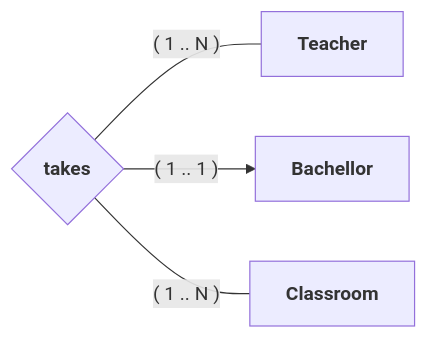
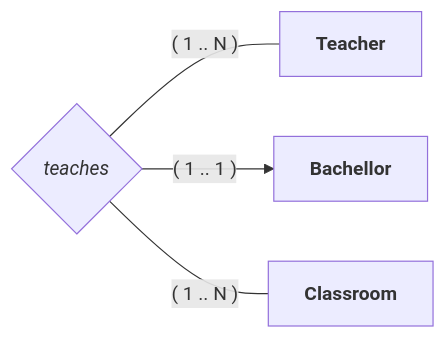
One commit to angelromarco04/MyNotes changed the seventh of 7 diagrams in Programming/Databases/data/Theory/RModel.md. Above: the diagram before and after it, drawn with Mermaid. The commit also changed other lines of this file, not shown here.

````diff
--- a/Programming/Databases/data/Theory/RModel.md
+++ b/Programming/Databases/data/Theory/RModel.md
@@ -148,11 +148,11 @@
 ```mermaid
 flowchart LR
 	id2 -- ( 1 .. N ) --- id1
 	id2 -- ( 1 .. 1 ) --> id3
 	id2 -- ( 1 .. N ) --- id4
 
 	id1["`**Teacher**`"]
-	id2{"`**takes**`"}
+	id2{"`*teaches*`"}
 	id3["`**Bachellor**`"]
 	id4["`**Classroom**`"]
 ```
````
